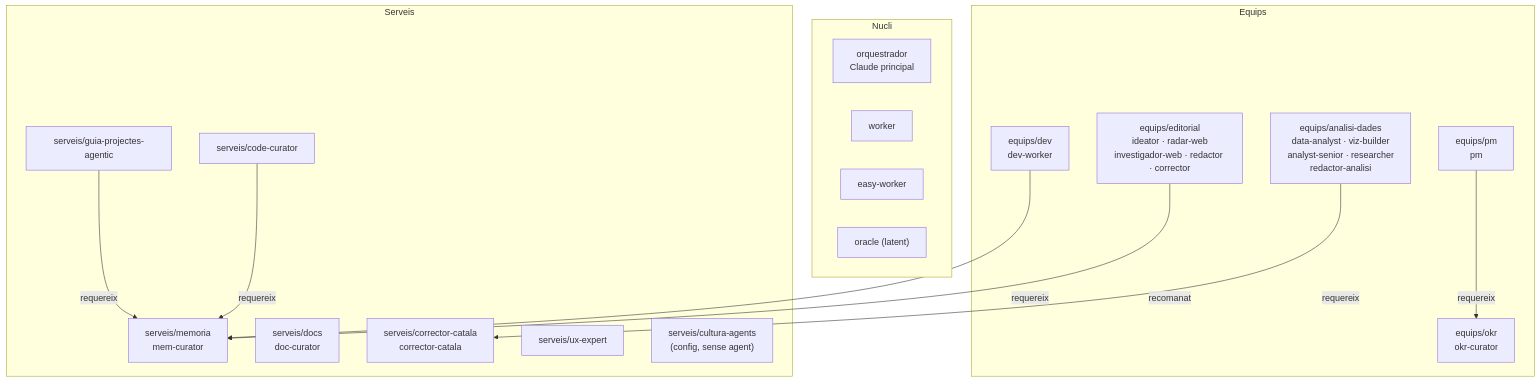
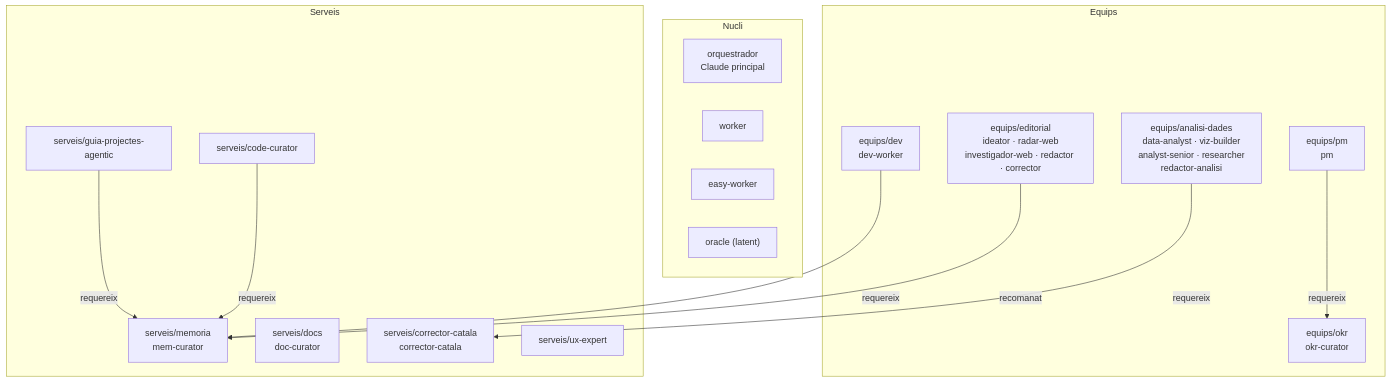
One commit to romros/apunts-per-projectes-agentic changed the diagram in GRAPH.md. Above: the diagram before and after it, drawn with Mermaid. The commit also changed other lines of this file and 1 other file, not shown here.

First line of the commit message:
fix: GRAPH.md i processos/README.md — coherència post-v2.0.0

````diff
--- a/GRAPH.md
+++ b/GRAPH.md
@@ -91,34 +100,33 @@
 ```mermaid
 graph TD
   subgraph nucli["Nucli"]
     A01["orquestrador\nClaude principal"]
     A02["worker"]
     A03["easy-worker"]
     A04["oracle (latent)"]
   end
 
   subgraph equips_grp["Equips"]
     PM["equips/pm\npm"]
     OKR["equips/okr\nokr-curator"]
     DEV["equips/dev\ndev-worker"]
     ANA["equips/analisi-dades\ndata-analyst · viz-builder\nanalyst-senior · researcher\nredactor-analisi"]
     EDI["equips/editorial\nideator · radar-web\ninvestigador-web · redactor · corrector"]
   end
 
   subgraph serveis_grp["Serveis"]
     MEM["serveis/memoria\nmem-curator"]
     DOC["serveis/docs\ndoc-curator"]
     CAT["serveis/corrector-catala\ncorrector-catala"]
     GUI["serveis/guia-projectes-agentic"]
     COD["serveis/code-curator"]
     UX["serveis/ux-expert"]
-    CUL["serveis/cultura-agents\n(config, sense agent)"]
   end
 
   PM -->|requereix| OKR
   DEV -->|requereix| MEM
   ANA -->|requereix| CAT
   EDI -->|recomanat| MEM
   GUI -->|requereix| MEM
   COD -->|requereix| MEM
 ```
````
